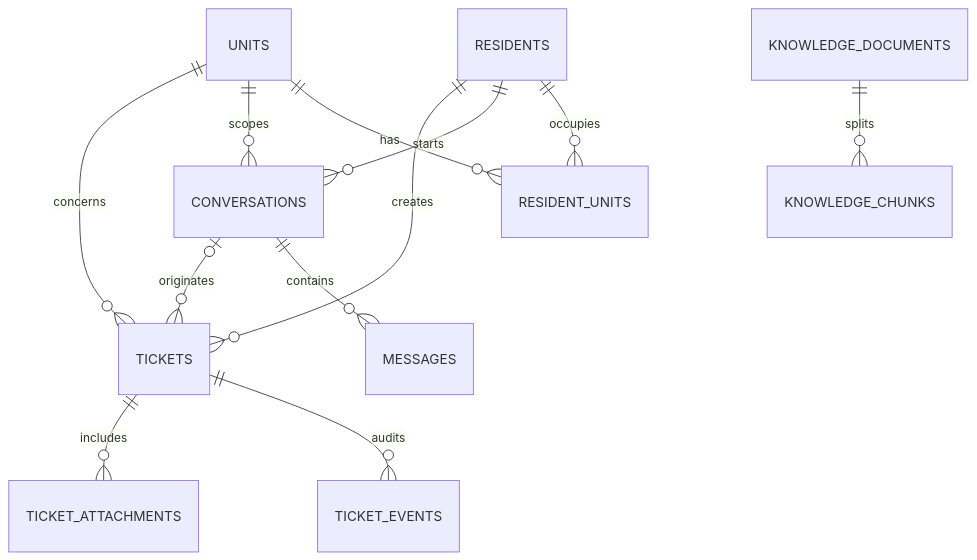
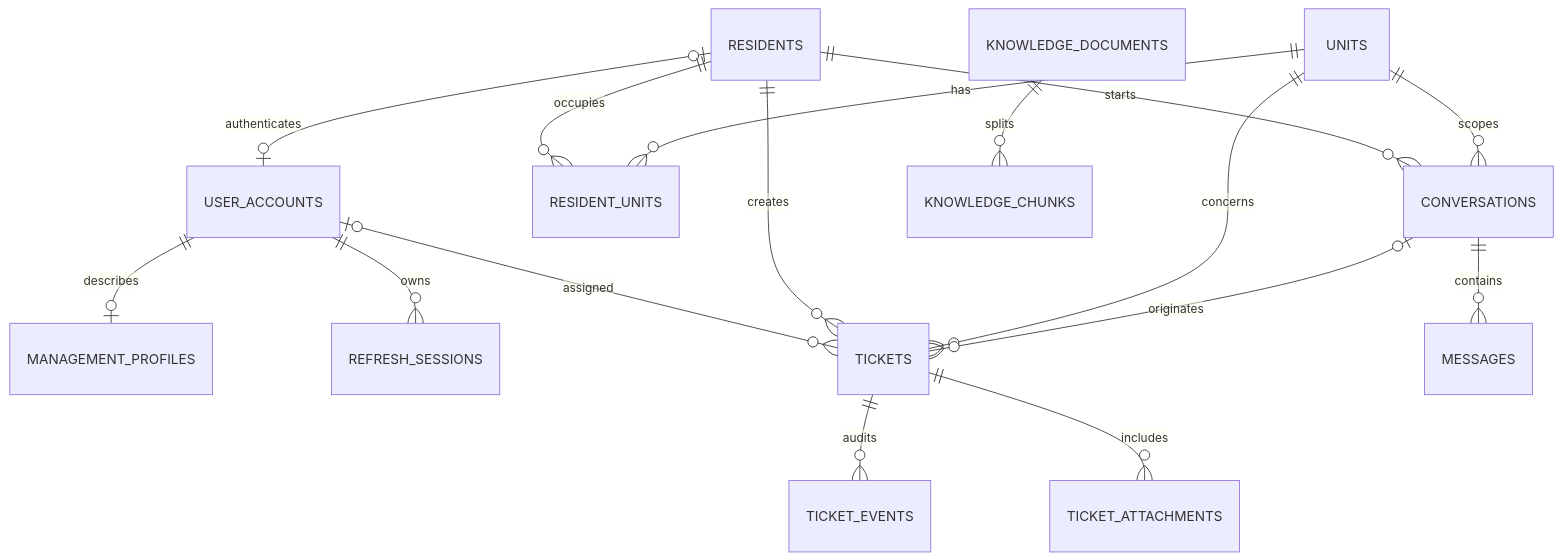
Before and after one commit to nguyendangtran2110-bit/p052-deploy: the first of 2 diagrams in docs/database-design.md, drawn with Mermaid. The commit also changed other lines of this file and 50 other files, not shown here.

````diff
--- a/docs/database-design.md
+++ b/docs/database-design.md
@@ -9,14 +9,18 @@
 ```mermaid
 erDiagram
+    RESIDENTS o|--o| USER_ACCOUNTS : authenticates
+    USER_ACCOUNTS ||--o| MANAGEMENT_PROFILES : describes
+    USER_ACCOUNTS ||--o{ REFRESH_SESSIONS : owns
+    USER_ACCOUNTS o|--o{ TICKETS : assigned
     RESIDENTS ||--o{ RESIDENT_UNITS : occupies
     UNITS ||--o{ RESIDENT_UNITS : has
     RESIDENTS ||--o{ CONVERSATIONS : starts
     UNITS ||--o{ CONVERSATIONS : scopes
     CONVERSATIONS ||--o{ MESSAGES : contains
     RESIDENTS ||--o{ TICKETS : creates
     UNITS ||--o{ TICKETS : concerns
     CONVERSATIONS o|--o{ TICKETS : originates
     TICKETS ||--o{ TICKET_EVENTS : audits
     TICKETS ||--o{ TICKET_ATTACHMENTS : includes
     KNOWLEDGE_DOCUMENTS ||--o{ KNOWLEDGE_CHUNKS : splits
 ```
````
